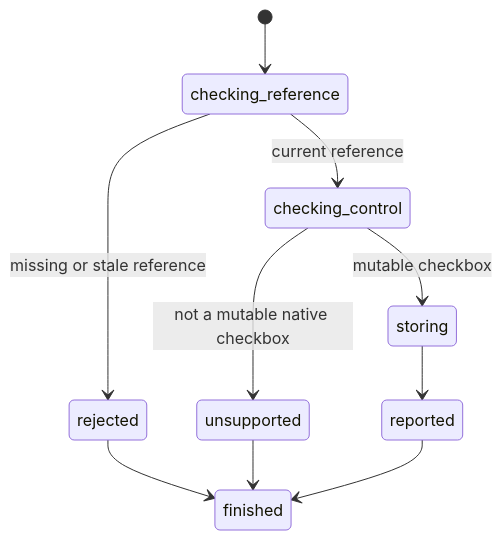
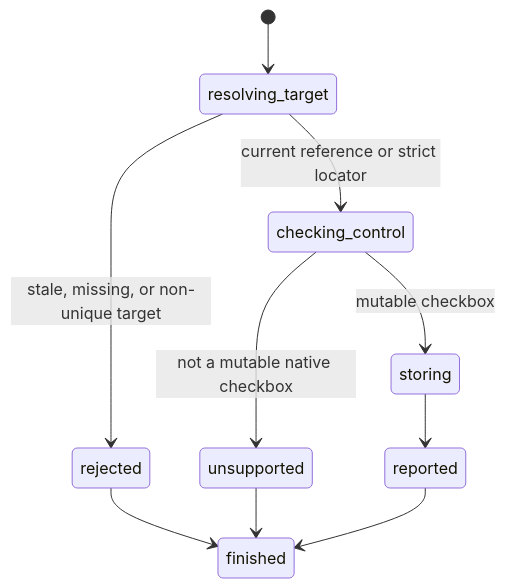
One commit to thoriqakbar0/browser.jr changed the diagram in interaction/set-checked.md. Above: the diagram before and after it, drawn with Mermaid. The commit also changed other lines of this file and 45 other files, not shown here.

````diff
--- a/interaction/set-checked.md
+++ b/interaction/set-checked.md
@@ -23,12 +23,12 @@
 ```mermaid
 stateDiagram-v2
-    [*] --> checking_reference
-    checking_reference --> rejected : missing or stale reference
-    checking_reference --> checking_control : current reference
+    [*] --> resolving_target
+    resolving_target --> rejected : stale, missing, or non-unique target
+    resolving_target --> checking_control : current reference or strict locator
     checking_control --> unsupported : not a mutable native checkbox
     checking_control --> storing : mutable checkbox
     storing --> reported
     rejected --> finished
     unsupported --> finished
     reported --> finished
 ```
````
